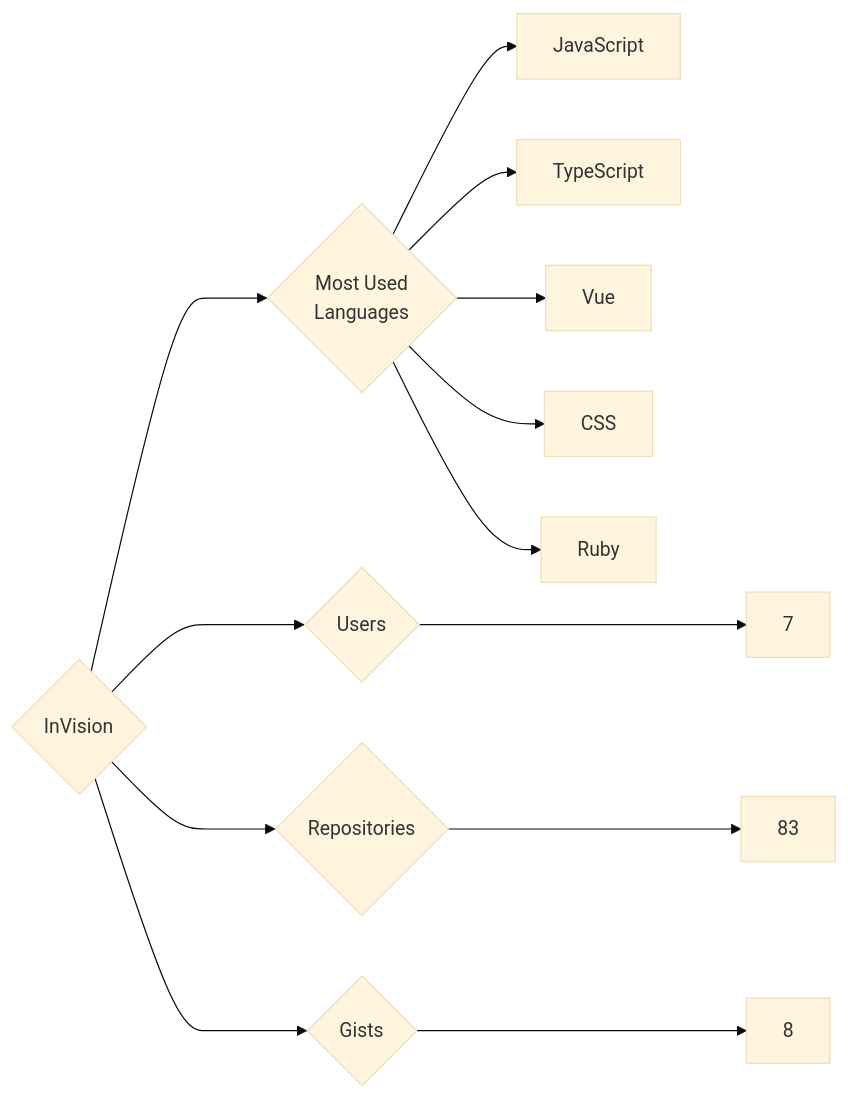
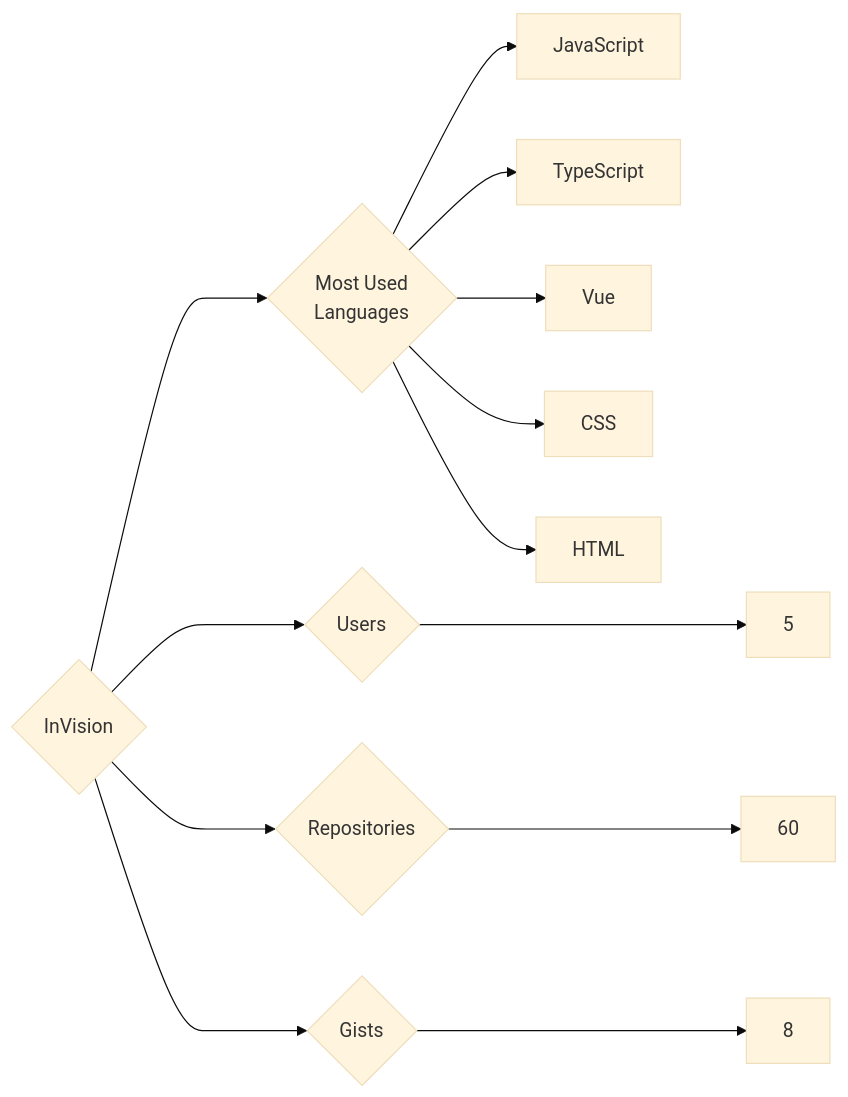
Before and after one commit to trickest/insiders: the diagram in targets/InVision/README.md, drawn with Mermaid (base theme). The commit also changed 718 other files, not shown here.

````diff
--- a/targets/InVision/README.md
+++ b/targets/InVision/README.md
@@ -3,13 +3,13 @@
 ```mermaid
 graph LR
 COMPANY_NAME{InVision}
-COMPANY_NAME ---> U{Users} ---> UN[7]
-COMPANY_NAME ---> R{Repositories} ---> RN[83]
+COMPANY_NAME ---> U{Users} ---> UN[5]
+COMPANY_NAME ---> R{Repositories} ---> RN[60]
 COMPANY_NAME ---> G{Gists} ---> GN[8]
 COMPANY_NAME ---> ML{Most Used<br>Languages}
 ML --> JavaScript[JavaScript]
 ML --> TypeScript[TypeScript]
 ML --> Vue[Vue]
 ML --> CSS[CSS]
-ML --> Ruby[Ruby]
+ML --> HTML[HTML]
 ```
````
